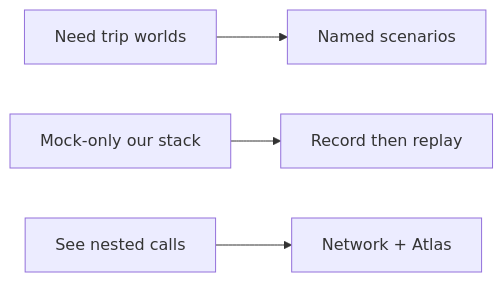
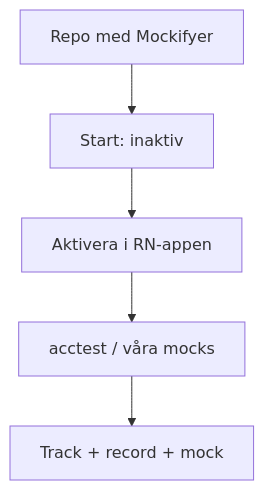
The second of 3 diagrams in docs/presentations/mockifyer-devex.md (sgedda/mockifyer), drawn with Mermaid before and after one commit. The commit also changed other lines of this file and 2 other files, not shown here.

First line of the commit message:
docs: reshape DevEx deck to talk order (acctest, t, scenarios, MCP)

````diff
--- a/docs/presentations/mockifyer-devex.md
+++ b/docs/presentations/mockifyer-devex.md
@@ -129,6 +131,7 @@
 ```mermaid
-flowchart LR
-  Pain["Need trip worlds"] --> Scenarios["Named scenarios"]
-  Pain2["Mock-only our stack"] --> Replay["Record then replay"]
-  Pain3["See nested calls"] --> Network["Network + Atlas"]
+flowchart TD
+  Repo["Repo med Mockifyer"] --> Off["Start: inaktiv"]
+  Off --> App["Aktivera i RN-appen"]
+  App --> Acctest["acctest / våra mocks"]
+  Acctest --> Track["Track + record + mock"]
 ```
````
